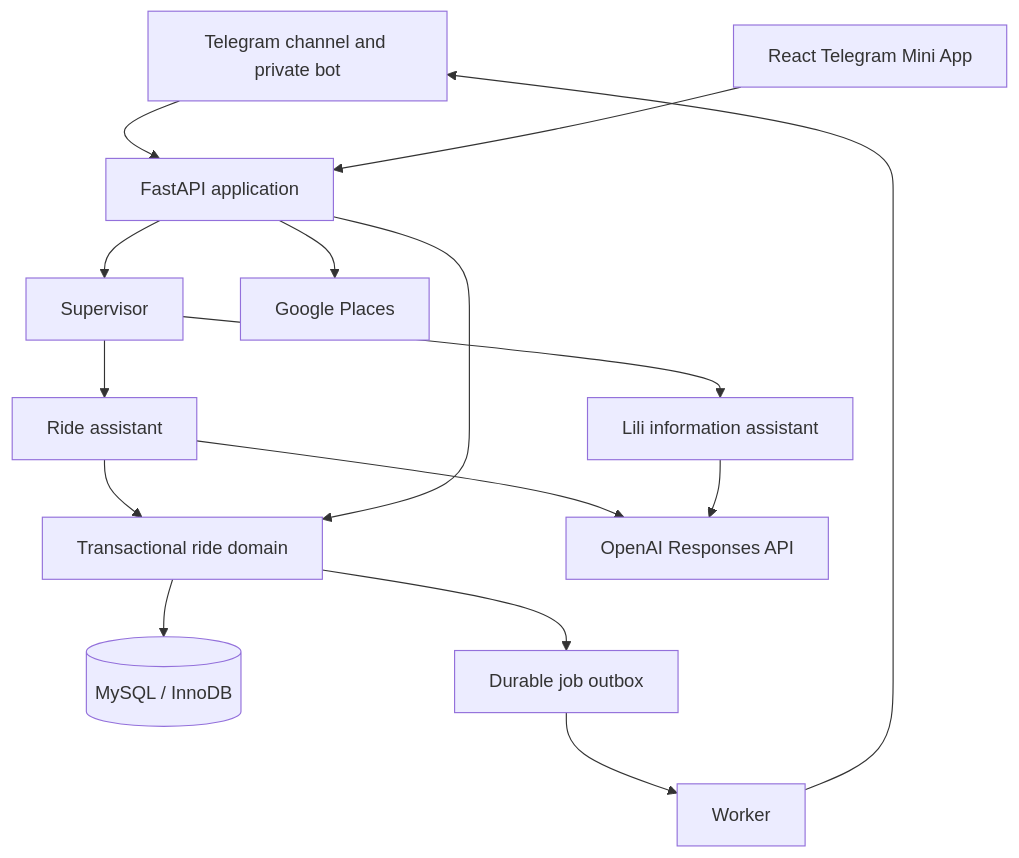
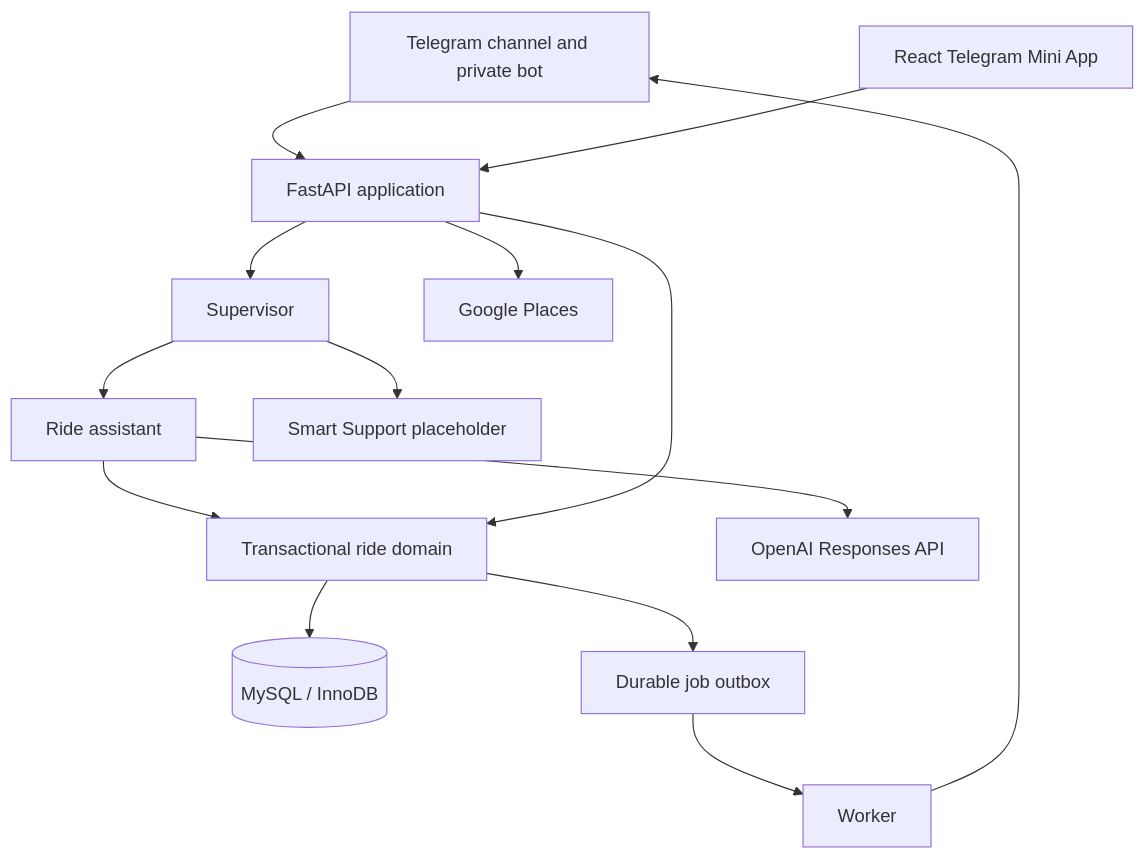
Before and after one commit to mhafezan/ServiceHub: the second of 2 diagrams in README.md, drawn with Mermaid. The commit also changed other lines of this file and 23 other files, not shown here.

Commit message:
Add automated test suite and Smart Support placeholder

````diff
--- a/README.md
+++ b/README.md
@@ -53,17 +54,16 @@
 ```mermaid
 flowchart TB
     TG[Telegram channel and private bot] --> API[FastAPI application]
     UI[React Telegram Mini App] --> API
     API --> SUP[Supervisor]
     SUP --> RIDE[Ride assistant]
-    SUP --> LILI[Lili information assistant]
+    SUP --> SUPPORT[Smart Support placeholder]
     RIDE --> DOMAIN[Transactional ride domain]
     API --> DOMAIN
     DOMAIN --> DB[(MySQL / InnoDB)]
     DOMAIN --> JOBS[Durable job outbox]
     JOBS --> WORKER[Worker]
     WORKER --> TG
     API --> PLACES[Google Places]
     RIDE --> OPENAI[OpenAI Responses API]
-    LILI --> OPENAI
 ```
````
